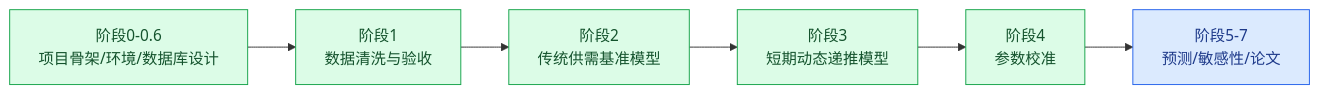
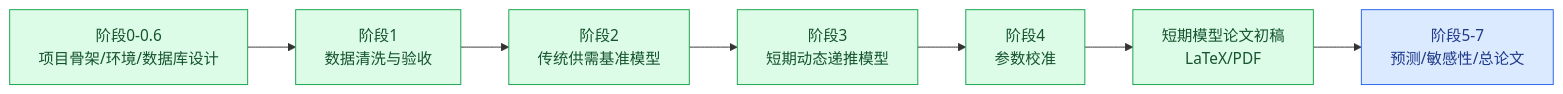
Before and after one commit to Timcai06/-A-: the diagram in STATUS.md, drawn with Mermaid. The commit also changed other lines of this file and 13 other files, not shown here.

````diff
--- a/STATUS.md
+++ b/STATUS.md
@@ -9,18 +9,20 @@
 ```mermaid
 flowchart LR
     S0["阶段0-0.6<br/>项目骨架/环境/数据库设计"] --> S1["阶段1<br/>数据清洗与验收"]
     S1 --> S2["阶段2<br/>传统供需基准模型"]
     S2 --> S3["阶段3<br/>短期动态递推模型"]
     S3 --> S4["阶段4<br/>参数校准"]
-    S4 --> S5["阶段5-7<br/>预测/敏感性/论文"]
+    S4 --> P0["短期模型论文初稿<br/>LaTeX/PDF"]
+    P0 --> S5["阶段5-7<br/>预测/敏感性/总论文"]
 
     S0:::done
     S1:::done
     S2:::done
     S3:::done
     S4:::done
+    P0:::done
     S5:::next
 
     classDef done fill:#dcfce7,stroke:#16a34a,color:#14532d
     classDef next fill:#dbeafe,stroke:#2563eb,color:#1e3a8a
 ```
````
